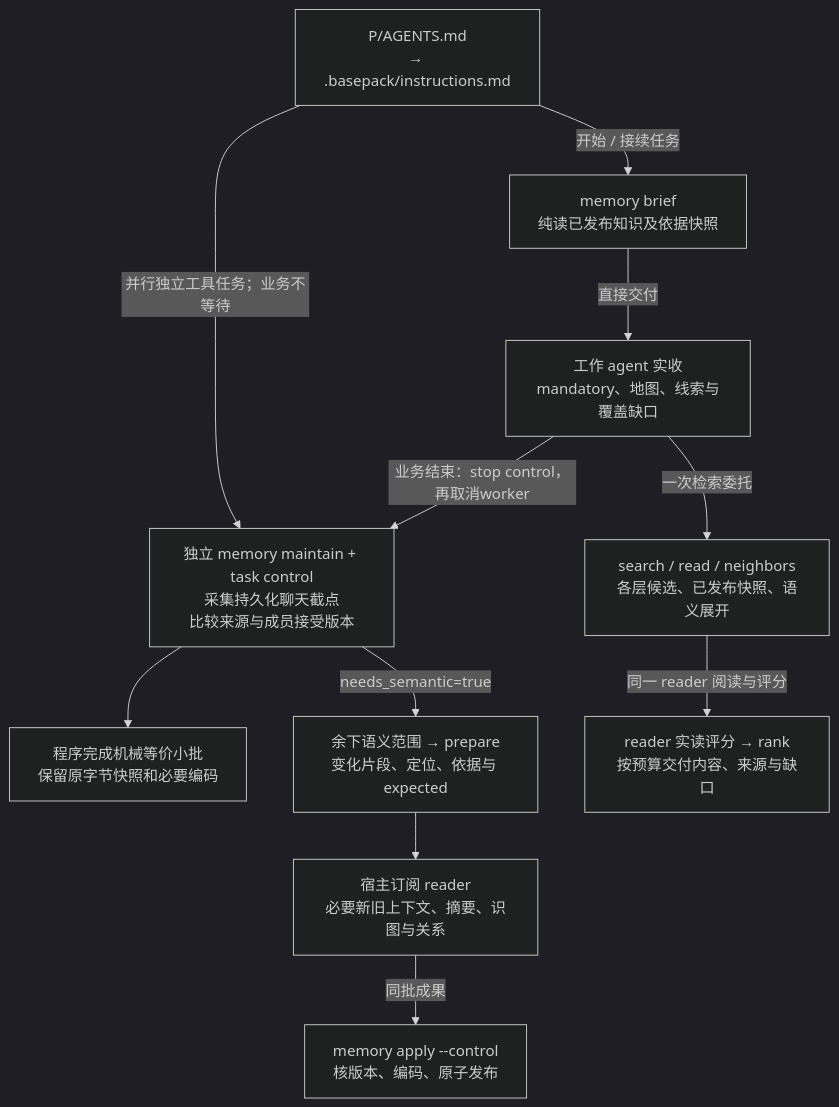
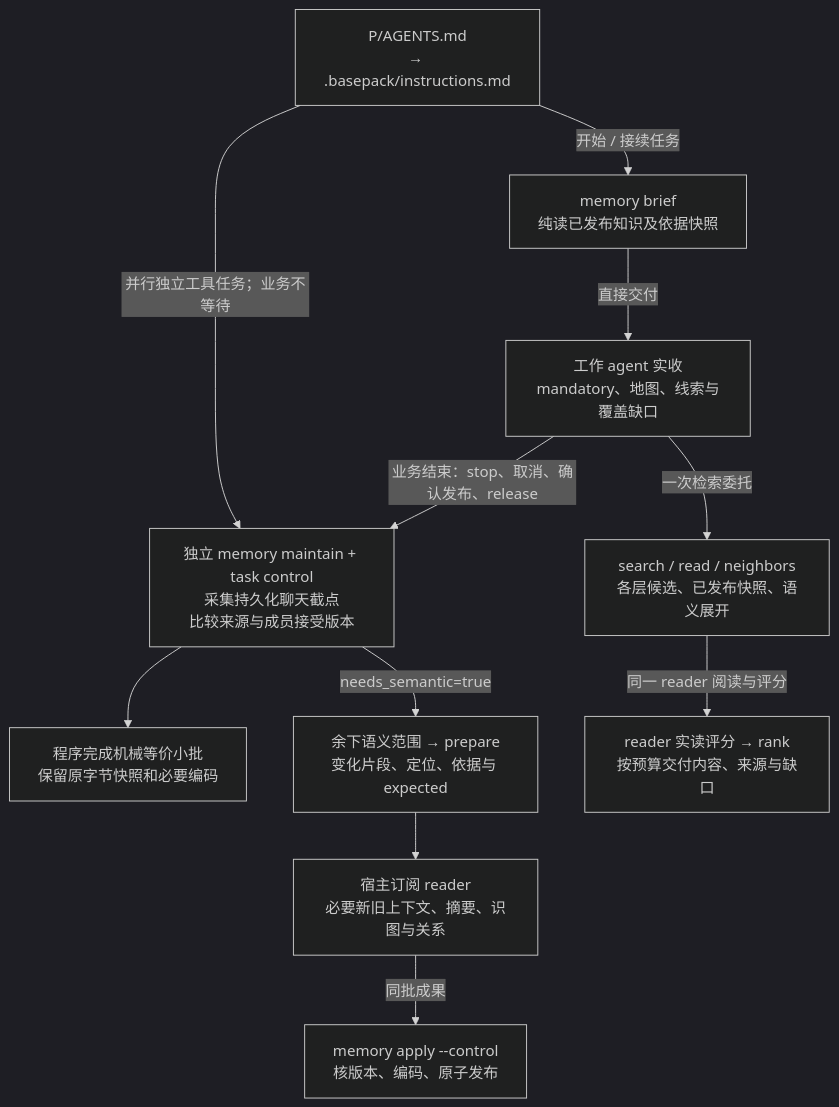
Before and after one commit to YS-Pan/basePack: the sixth of 8 diagrams in devDoc/system/diagrams.md, drawn with Mermaid (dark theme). The commit also changed other lines of this file and 55 other files, not shown here.

````diff
--- a/devDoc/system/diagrams.md
+++ b/devDoc/system/diagrams.md
@@ -158,23 +158,23 @@
 ```mermaid
 flowchart TB
   entry["P/AGENTS.md<br/>→ .basepack/instructions.md"]
   brief["memory brief<br/>纯读已发布知识及依据快照"]
   host["工作 agent 实收<br/>mandatory、地图、线索与覆盖缺口"]
   preflight["独立 memory maintain + task control<br/>采集持久化聊天截点<br/>比较来源与成员接受版本"]
   mechanical["程序完成机械等价小批<br/>保留原字节快照和必要编码"]
   prepare["余下语义范围 → prepare<br/>变化片段、定位、依据与 expected"]
   reader["宿主订阅 reader<br/>必要新旧上下文、摘要、识图与关系"]
   apply["memory apply --control<br/>核版本、编码、原子发布"]
   retrieval["search / read / neighbors<br/>各层候选、已发布快照、语义展开"]
   delivery["reader 实读评分 → rank<br/>按预算交付内容、来源与缺口"]
   entry -->|开始 / 接续任务| brief
   brief -->|直接交付| host
   entry -->|并行独立工具任务；业务不等待| preflight
   preflight --> mechanical
   preflight -->|needs_semantic=true| prepare
   prepare --> reader
   reader -->|同批成果| apply
   host -->|一次检索委托| retrieval
   retrieval -->|同一 reader 阅读与评分| delivery
-  host -->|业务结束：stop control，再取消worker| preflight
+  host -->|业务结束：stop、取消、确认发布、release| preflight
 ```
````
